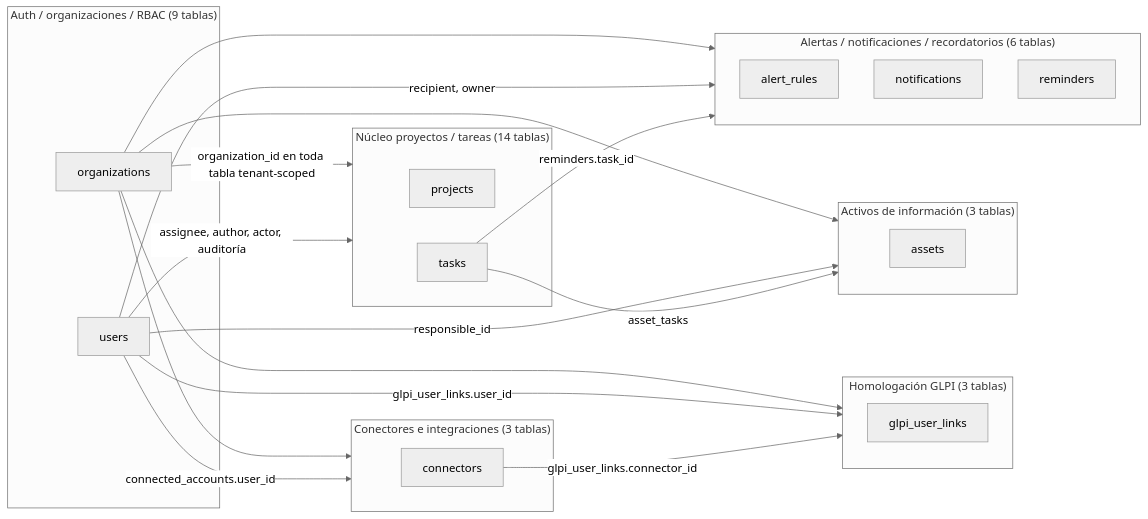
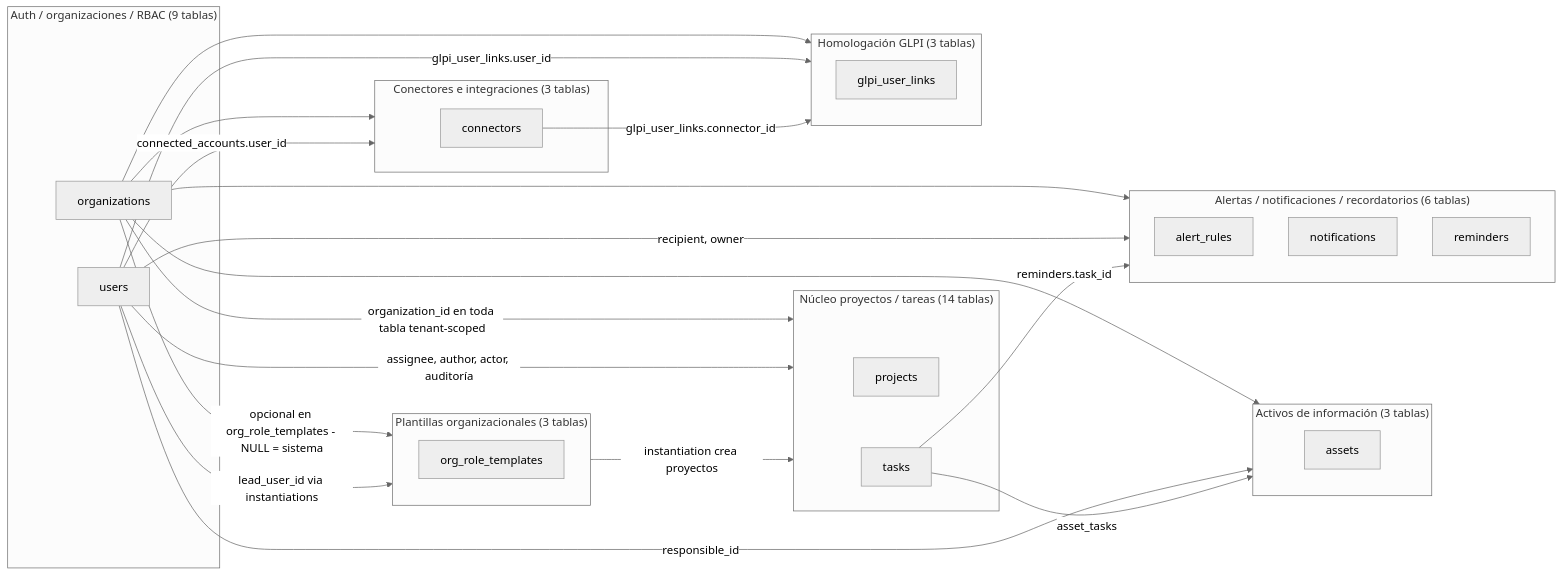
Before and after one commit to solercia-solutions/solercia-command: the first of 8 diagrams in docs/diagrams/er-model.md, drawn with Mermaid (neutral theme). The commit also changed other lines of this file and 14 other files, not shown here.

First line of the commit message:
feat(org-role-templates): agrega tablas de plantillas, lead_user_id y actualiza el modelo ER

````diff
--- a/docs/diagrams/er-model.md
+++ b/docs/diagrams/er-model.md
@@ -53,44 +53,51 @@
 ```mermaid
 flowchart LR
     subgraph AUTH["Auth / organizaciones / RBAC (9 tablas)"]
         organizations
         users
     end
 
     subgraph CORE["Núcleo proyectos / tareas (14 tablas)"]
         projects
         tasks
     end
 
     subgraph ALERTS["Alertas / notificaciones / recordatorios (6 tablas)"]
         alert_rules
         notifications
         reminders
     end
 
     subgraph ASSETS["Activos de información (3 tablas)"]
         assets
     end
 
     subgraph INTEGRATIONS["Conectores e integraciones (3 tablas)"]
         connectors
     end
 
     subgraph GLPISYNC["Homologación GLPI (3 tablas)"]
         glpi_user_links
     end
 
+    subgraph ORGTEMPLATES["Plantillas organizacionales (3 tablas)"]
+        org_role_templates
+    end
+
     organizations -->|"organization_id en toda tabla tenant-scoped"| CORE
     organizations --> ALERTS
     organizations --> ASSETS
     organizations --> INTEGRATIONS
     organizations --> GLPISYNC
+    organizations -->|"opcional en org_role_templates - NULL = sistema"| ORGTEMPLATES
     users -->|"assignee, author, actor, auditoría"| CORE
     users -->|"recipient, owner"| ALERTS
     users -->|"responsible_id"| ASSETS
     users -->|"connected_accounts.user_id"| INTEGRATIONS
     users -->|"glpi_user_links.user_id"| GLPISYNC
+    users -->|"lead_user_id via instantiations"| ORGTEMPLATES
     tasks -->|"reminders.task_id"| ALERTS
     tasks -->|"asset_tasks"| ASSETS
     connectors -->|"glpi_user_links.connector_id"| GLPISYNC
+    ORGTEMPLATES -->|"instantiation crea proyectos"| CORE
 ```
````
